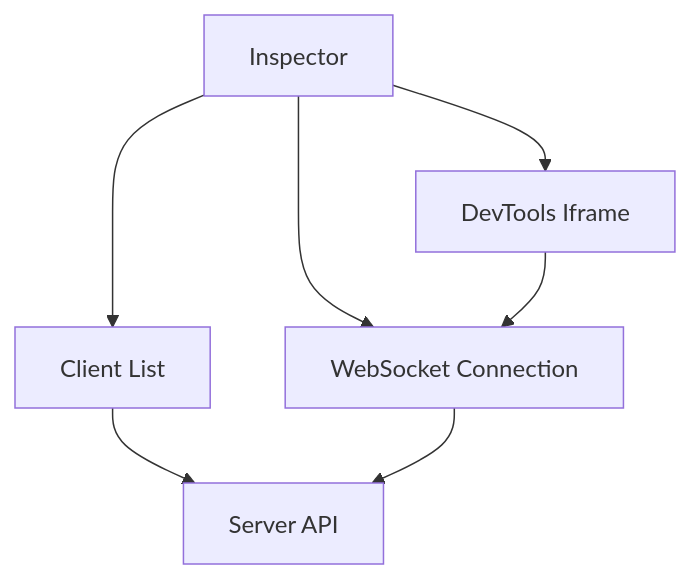
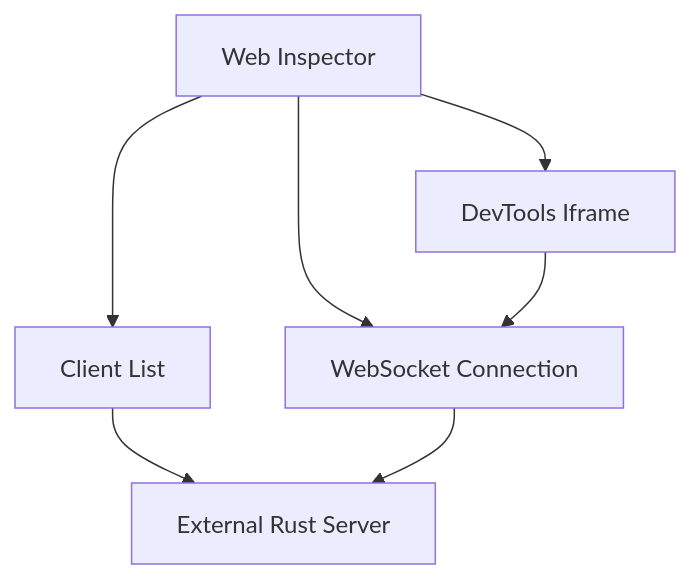
Before and after one commit to ohah/chrome-remote-devtools: the first of 6 diagrams in document/docs/en/architecture/inspector.md, drawn with Mermaid. The commit also changed other lines of this file and 19 other files, not shown here.

First line of the commit message:
docs(docs): add React Native CDP domains and update architecture documentation

````diff
--- a/document/docs/en/architecture/inspector.md
+++ b/document/docs/en/architecture/inspector.md
@@ -7,9 +9,9 @@
 ```mermaid
 graph TB
-    I[Inspector] --> CL[Client List]
+    I[Web Inspector] --> CL[Client List]
     I --> DT[DevTools Iframe]
     I --> WS[WebSocket Connection]
-    CL --> S[Server API]
+    CL --> S[External Rust Server]
     DT --> WS
     WS --> S
 ```
````
